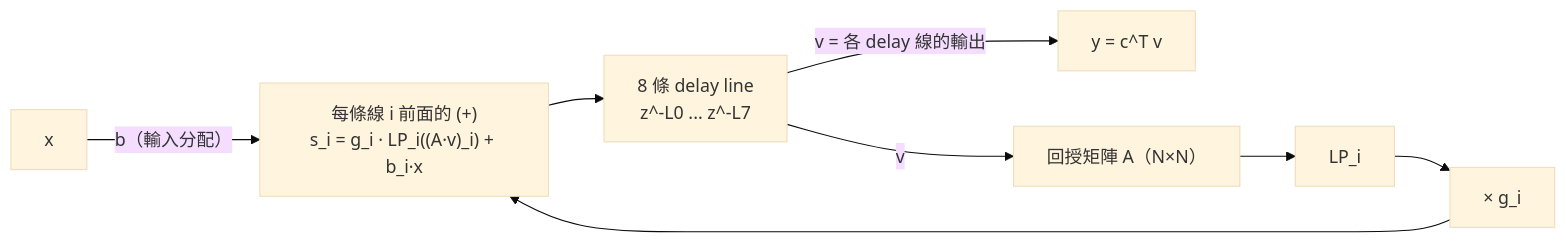
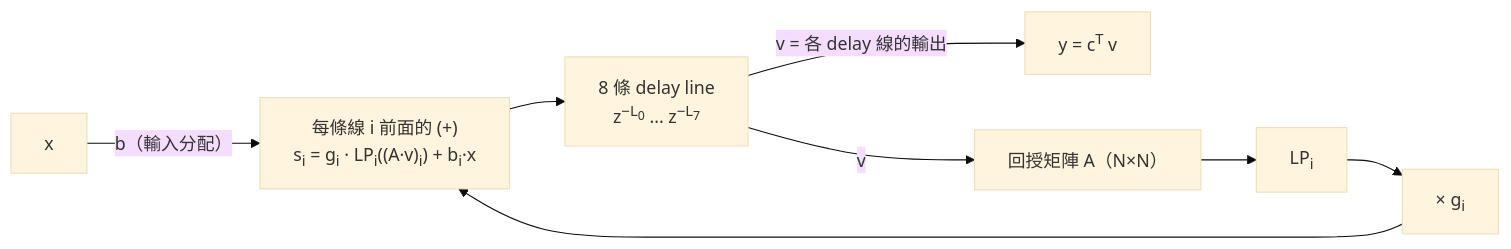
The fifth of 11 diagrams in lessons/12-reverb/README.zh-TW.md (TomHsieh300/DAW-for-fun), drawn with Mermaid (base theme) before and after one commit. The commit also changed other lines of this file and 19 other files, not shown here.

First line of the commit message:
lessons: typeset subscripts and superscripts in Mermaid labels

````diff
--- a/lessons/12-reverb/README.zh-TW.md
+++ b/lessons/12-reverb/README.zh-TW.md
@@ -270,10 +270,10 @@
 ```mermaid
 flowchart LR
-    X["x"] -->|"b（輸入分配）"| S["每條線 i 前面的 (+)<br/>s_i = g_i · LP_i((A·v)_i) + b_i·x"]
-    S --> D["8 條 delay line<br/>z^-L0 ... z^-L7"]
-    D -->|"v = 各 delay 線的輸出"| Y["y = c^T v"]
+    X["x"] -->|"b（輸入分配）"| S["每條線 i 前面的 (+)<br/>s<sub>i</sub> = g<sub>i</sub> · LP<sub>i</sub>((A·v)<sub>i</sub>) + b<sub>i</sub>·x"]
+    S --> D["8 條 delay line<br/>z<sup>−L<sub>0</sub></sup> ... z<sup>−L<sub>7</sub></sup>"]
+    D -->|"v = 各 delay 線的輸出"| Y["y = c<sup>T</sup> v"]
     D -->|"v"| A["回授矩陣 A（N×N）"]
-    A --> LP["LP_i"]
-    LP --> G["× g_i"]
+    A --> LP["LP<sub>i</sub>"]
+    LP --> G["× g<sub>i</sub>"]
     G --> S
 ```
````
